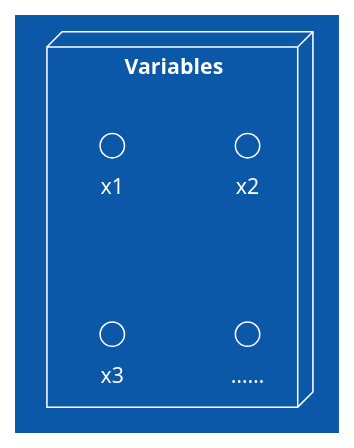
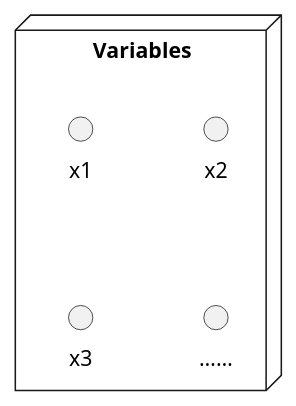
Before and after one commit to JarodYv/pytetrad: the diagram in docs/uml/variable.puml, drawn with PlantUML. The commit also changed 2 other files, not shown here.

Commit message:
add doc for graph

```diff
--- a/docs/uml/variable.puml
+++ b/docs/uml/variable.puml
@@ -1,15 +1,12 @@
 @startuml
-'https://plantuml.com/component-diagram
-
-!theme amiga
 
 skinparam componentStyle rectangle
 
 node "Variables" {
   () "x1"
   () "x2"
   () "x3"
   () "……"
 }
 
 @enduml
```
